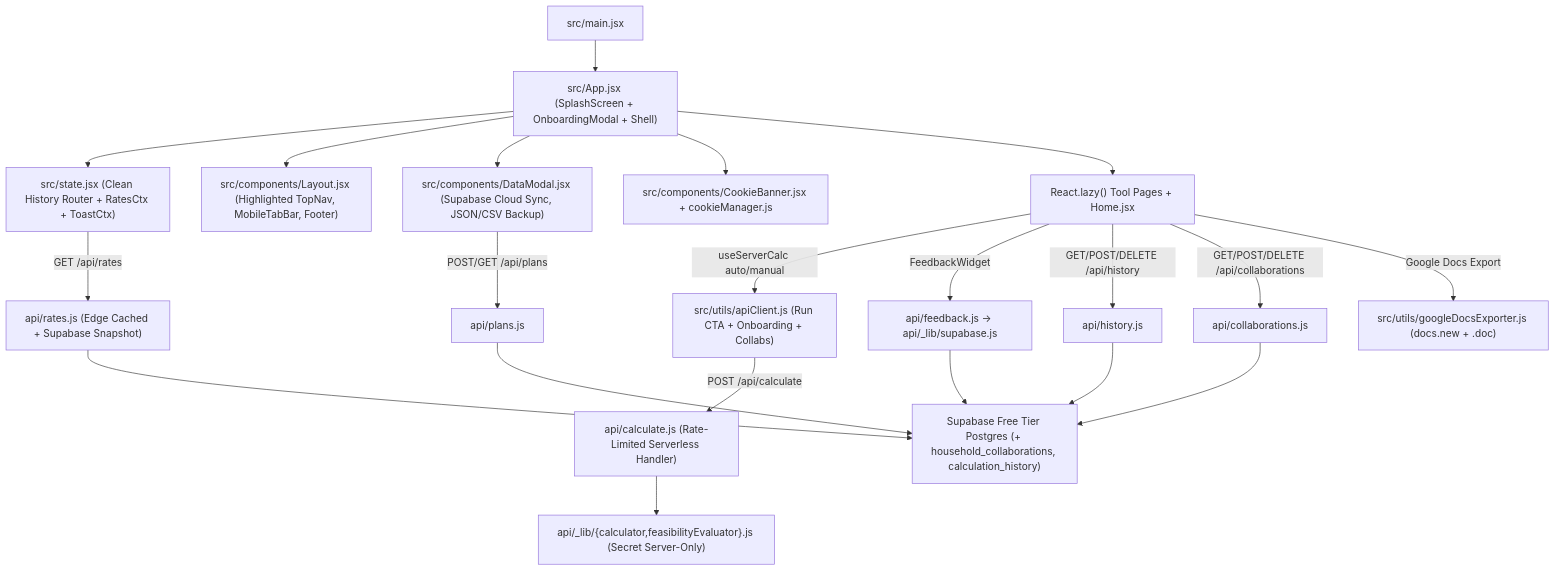
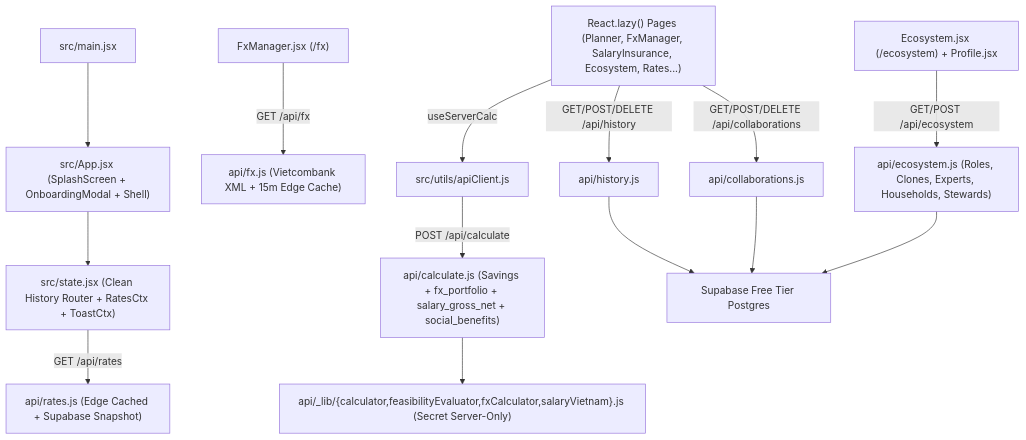
One commit to marcustranvnnb/vnsavingpro changed the diagram in docs/knowledge-base/ARCHITECTURE.md. Above: the diagram before and after it, drawn with Mermaid. The commit also changed other lines of this file and 30 other files, not shown here.

Commit message:
feat(v2.0.0.0): launch Wealth Management Platform with 4 user roles, community template cloning, live FX manager, and Vietnam 2026 statutory payroll & BHXH

````diff
--- a/docs/knowledge-base/ARCHITECTURE.md
+++ b/docs/knowledge-base/ARCHITECTURE.md
@@ -5,20 +5,14 @@
 ```mermaid
 flowchart TD
     Entry["src/main.jsx"] --> App["src/App.jsx (SplashScreen + OnboardingModal + Shell)"]
     App --> State["src/state.jsx (Clean History Router + RatesCtx + ToastCtx)"]
     State -->|GET /api/rates| ApiRates["api/rates.js (Edge Cached + Supabase Snapshot)"]
-    App --> Layout["src/components/Layout.jsx (Highlighted TopNav, MobileTabBar, Footer)"]
-    App --> Modal["src/components/DataModal.jsx (Supabase Cloud Sync, JSON/CSV Backup)"]
-    App --> Cookie["src/components/CookieBanner.jsx + cookieManager.js"]
-    App --> Pages["React.lazy() Tool Pages + Home.jsx"]
-    Pages -->|useServerCalc auto/manual| ApiClient["src/utils/apiClient.js (Run CTA + Onboarding + Collabs)"]
-    ApiClient -->|POST /api/calculate| ApiCalc["api/calculate.js (Rate-Limited Serverless Handler)"]
-    ApiCalc --> ServerLib["api/_lib/{calculator,feasibilityEvaluator}.js (Secret Server-Only)"]
-    Pages -->|FeedbackWidget| ApiFeedback["api/feedback.js -> api/_lib/supabase.js"]
-    ApiRates --> Supabase["Supabase Free Tier Postgres (+ household_collaborations, calculation_history)"]
-    ApiFeedback --> Supabase
-    Modal -->|POST/GET /api/plans| ApiPlans["api/plans.js"] --> Supabase
-    Pages -->|GET/POST/DELETE /api/history| ApiHistory["api/history.js"] --> Supabase
+    FxPage["FxManager.jsx (/fx)"] -->|GET /api/fx| ApiFx["api/fx.js (Vietcombank XML + 15m Edge Cache)"]
+    EcoPage["Ecosystem.jsx (/ecosystem) + Profile.jsx"] -->|GET/POST /api/ecosystem| ApiEco["api/ecosystem.js (Roles, Clones, Experts, Households, Stewards)"]
+    Pages["React.lazy() Pages (Planner, FxManager, SalaryInsurance, Ecosystem, Rates...)"] -->|useServerCalc| ApiClient["src/utils/apiClient.js"]
+    ApiClient -->|POST /api/calculate| ApiCalc["api/calculate.js (Savings + fx_portfolio + salary_gross_net + social_benefits)"]
+    ApiCalc --> ServerLib["api/_lib/{calculator,feasibilityEvaluator,fxCalculator,salaryVietnam}.js (Secret Server-Only)"]
+    Pages -->|GET/POST/DELETE /api/history| ApiHistory["api/history.js"] --> Supabase["Supabase Free Tier Postgres"]
     Pages -->|GET/POST/DELETE /api/collaborations| ApiCollab["api/collaborations.js"] --> Supabase
-    Pages -->|Google Docs Export| GDocs["src/utils/googleDocsExporter.js (docs.new + .doc)"]
+    ApiEco --> Supabase
 ```
````
